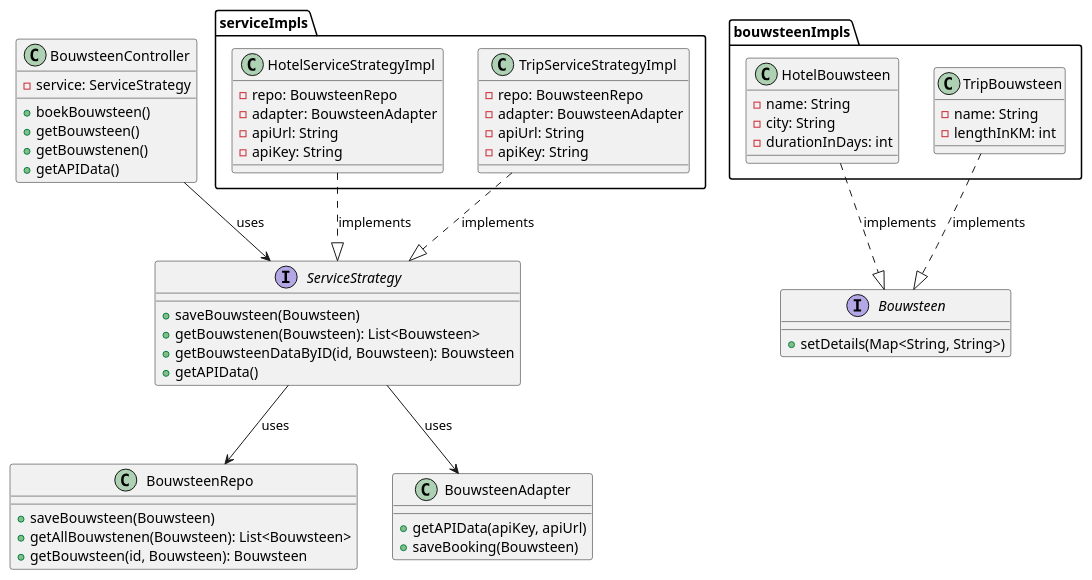
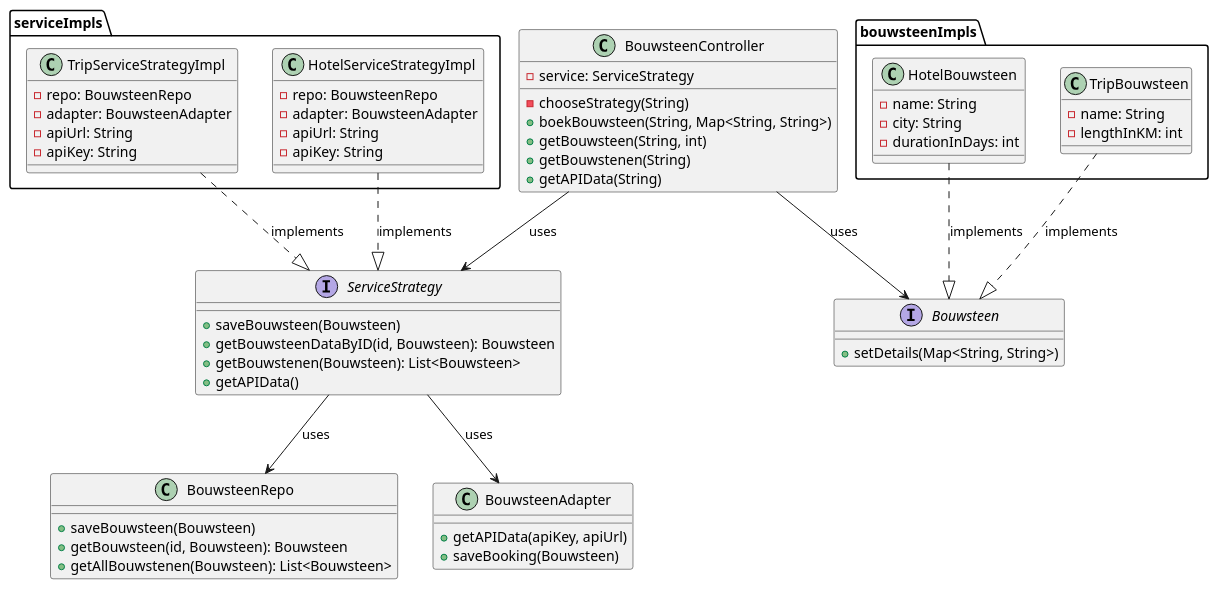
Before and after one commit to AIM-ENE-feb25/triptop-dravende-dikdiks: the diagram in Mike/Week3/Les 2 - Class diagram + uitwerken prototype/Class diagram 2.puml, drawn with PlantUML. The commit also changed 9 other files, not shown here.

```diff
--- a/Mike/Week3/Les 2 - Class diagram + uitwerken prototype/Class diagram 2.puml
+++ b/Mike/Week3/Les 2 - Class diagram + uitwerken prototype/Class diagram 2.puml
@@ -1,80 +1,81 @@
 @startuml
 
 class BouwsteenController{
     - service: ServiceStrategy
-    + boekBouwsteen()
-    + getBouwsteen()
-    + getBouwstenen()
-    + getAPIData()
+    - chooseStrategy(String)
+    + boekBouwsteen(String, Map<String, String>)
+    + getBouwsteen(String, int)
+    + getBouwstenen(String)
+    + getAPIData(String)
 }
 
 interface ServiceStrategy{
     + saveBouwsteen(Bouwsteen)
+    + getBouwsteenDataByID(id, Bouwsteen): Bouwsteen
     + getBouwstenen(Bouwsteen): List<Bouwsteen>
-    + getBouwsteenDataByID(id, Bouwsteen): Bouwsteen
     + getAPIData()
 }
 
 package serviceImpls{
     class HotelServiceStrategyImpl{
         - repo: BouwsteenRepo
         - adapter: BouwsteenAdapter
         - apiUrl: String
         - apiKey: String
     }
     class TripServiceStrategyImpl{
         - repo: BouwsteenRepo
         - adapter: BouwsteenAdapter
         - apiUrl: String
         - apiKey: String
     }
 }
 
 interface Bouwsteen{
     + setDetails(Map<String, String>)
 }
 
 package bouwsteenImpls{
     class HotelBouwsteen{
         - name: String
         - city: String
         - durationInDays: int
     }
     class TripBouwsteen{
         - name: String
         - lengthInKM: int
     }
 }
 
-
-
-
-
 class BouwsteenRepo{
     + saveBouwsteen(Bouwsteen)
+    + getBouwsteen(id, Bouwsteen): Bouwsteen
     + getAllBouwstenen(Bouwsteen): List<Bouwsteen>
-    + getBouwsteen(id, Bouwsteen): Bouwsteen
 }
 class BouwsteenAdapter{
     + getAPIData(apiKey, apiUrl)
     + saveBooking(Bouwsteen)
 }
 
 
 BouwsteenController --> ServiceStrategy : uses
 
 HotelServiceStrategyImpl ..|> ServiceStrategy : implements
 TripServiceStrategyImpl ..|> ServiceStrategy : implements
 HotelBouwsteen ..|> Bouwsteen : implements
 TripBouwsteen ..|> Bouwsteen : implements
 
 ServiceStrategy --> BouwsteenRepo : uses
 ServiceStrategy --> BouwsteenAdapter : uses
 
+BouwsteenController --> Bouwsteen : uses
+
+'todo: dependencies geen streepje, even beschrijven in SGB
+
 
 
 
 
 
 
 @enduml
```
